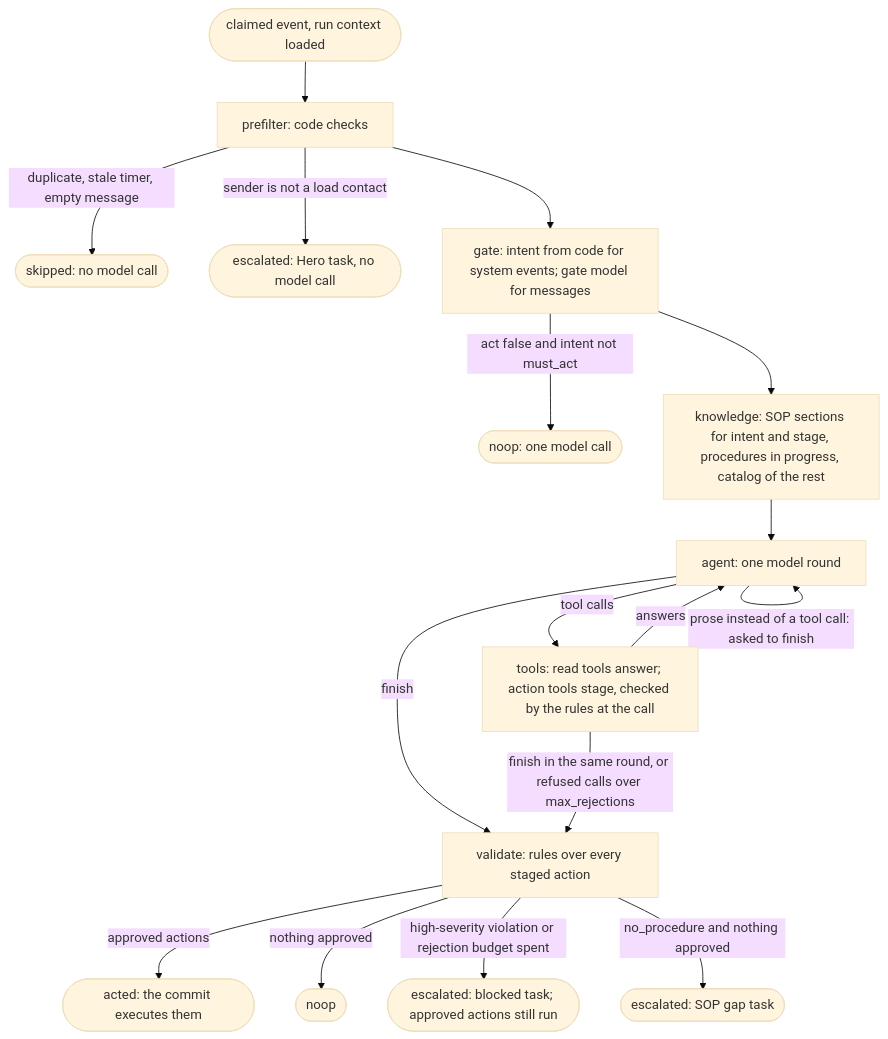
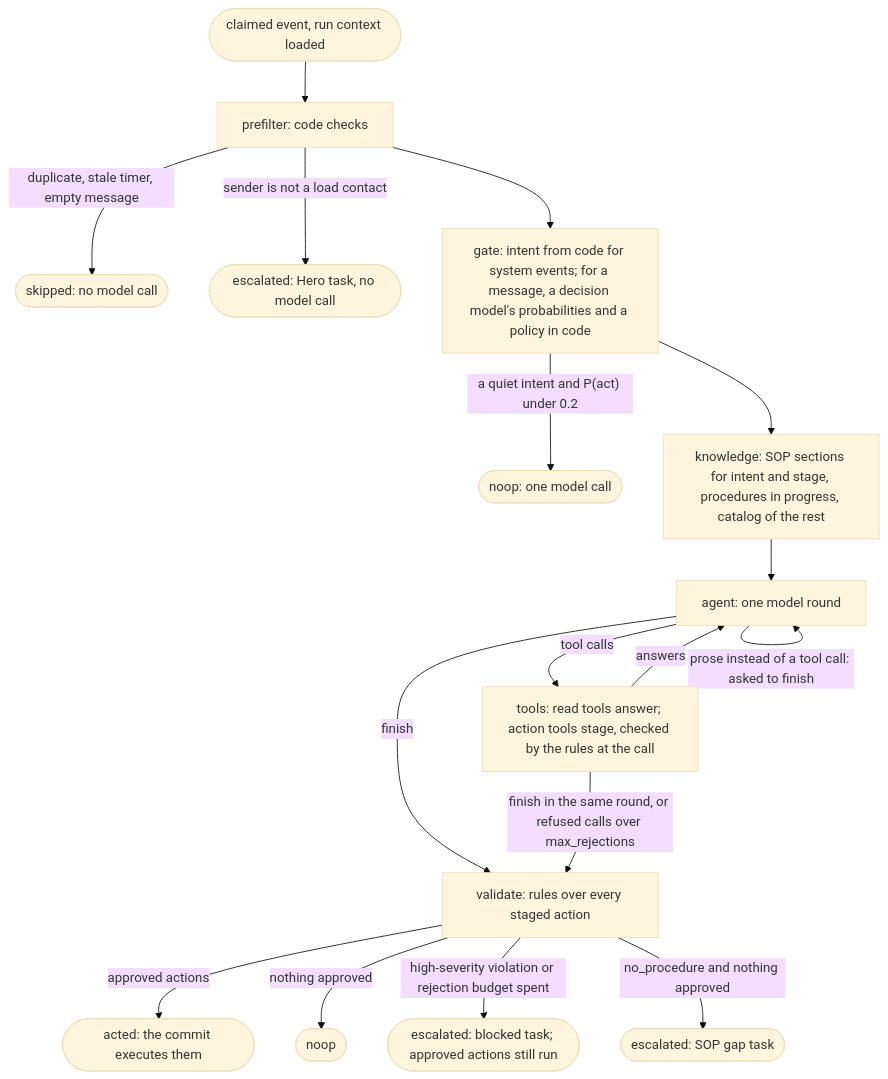
One commit to pedrocwb/freight-hero-assessment changed the fourth of 10 diagrams in docs/architecture.md. Above: the diagram before and after it, drawn with Mermaid (base theme). The commit also changed other lines of this file and 3 other files, not shown here.

First line of the commit message:
Report the gate engine comparison and describe the decision-model gate

````diff
--- a/docs/architecture.md
+++ b/docs/architecture.md
@@ -131,25 +131,25 @@
 ```mermaid
 flowchart TD
   start(["claimed event, run context loaded"]) --> prefilter
   prefilter["prefilter: code checks"]
   prefilter -- "duplicate, stale timer, empty message" --> skipped(["skipped: no model call"])
   prefilter -- "sender is not a load contact" --> unknown(["escalated: Hero task, no model call"])
   prefilter --> gate
-  gate["gate: intent from code for system events; gate model for messages"]
-  gate -- "act false and intent not must_act" --> noop1(["noop: one model call"])
+  gate["gate: intent from code for system events; for a message, a decision model's probabilities and a policy in code"]
+  gate -- "a quiet intent and P(act) under 0.2" --> noop1(["noop: one model call"])
   gate --> knowledge
   knowledge["knowledge: SOP sections for intent and stage, procedures in progress, catalog of the rest"]
   knowledge --> agent
   agent["agent: one model round"]
   agent -- "tool calls" --> tools
   agent -- "prose instead of a tool call: asked to finish" --> agent
   agent -- "finish" --> validate
   tools["tools: read tools answer; action tools stage, checked by the rules at the call"]
   tools -- "answers" --> agent
   tools -- "finish in the same round, or refused calls over max_rejections" --> validate
   validate["validate: rules over every staged action"]
   validate -- "approved actions" --> acted(["acted: the commit executes them"])
   validate -- "nothing approved" --> noop2(["noop"])
   validate -- "high-severity violation or rejection budget spent" --> blocked(["escalated: blocked task; approved actions still run"])
   validate -- "no_procedure and nothing approved" --> gap(["escalated: SOP gap task"])
 ```
````
